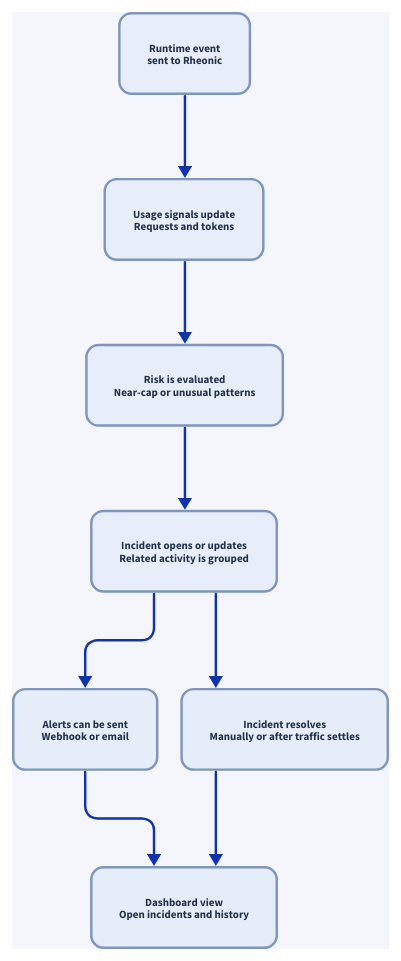
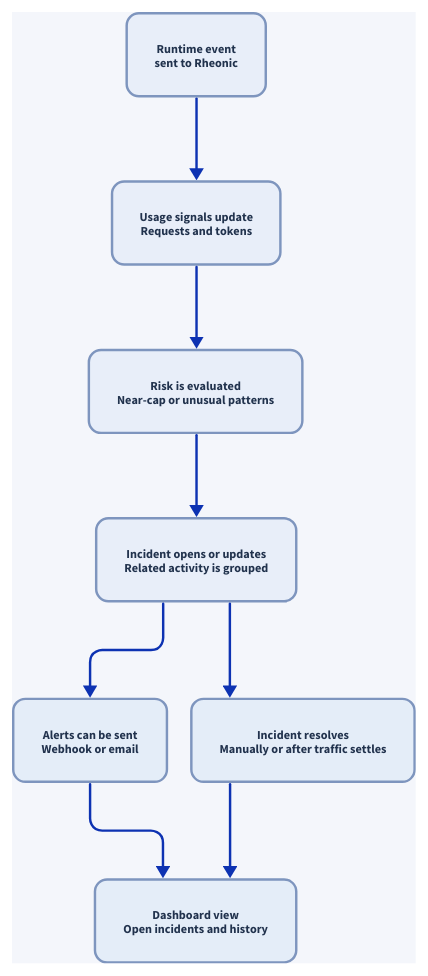
The diagram in docs/architecture/incident_flow.d2 (MichaelTelvin/Rheonic), drawn with D2 before and after one commit. The commit also changed 2 other files, not shown here.

```diff
--- a/docs/architecture/incident_flow.d2
+++ b/docs/architecture/incident_flow.d2
@@ -1,91 +1,91 @@
 direction: down
 
 vars: {
   d2-config: {
     pad: 10
     sketch: false
     layout-engine: elk
   }
 }
 
 style: {
   fill: "#f4f6fb"
 }
 
 event: "Runtime event\nsent to Rheonic" {
   style: {
     fill: "#e8eef9"
     stroke: "#7e95be"
     font-color: "#21324d"
     border-radius: 10
-    font-size: 9
+    font-size: 10
   }
 }
 
 signals: "Usage signals update\nRequests and tokens" {
   style: {
     fill: "#e8eef9"
     stroke: "#7e95be"
     font-color: "#21324d"
     border-radius: 10
-    font-size: 9
+    font-size: 10
   }
 }
 
 risk_check: "Risk is evaluated\nNear-cap or unusual patterns" {
   style: {
     fill: "#e8eef9"
     stroke: "#7e95be"
     font-color: "#21324d"
     border-radius: 10
-    font-size: 9
+    font-size: 10
   }
 }
 
 incident: "Incident opens or updates\nRelated activity is grouped" {
   style: {
     fill: "#e8eef9"
     stroke: "#7e95be"
     font-color: "#21324d"
     border-radius: 10
-    font-size: 9
+    font-size: 10
   }
 }
 
 alerts: "Alerts can be sent\nWebhook or email" {
   style: {
     fill: "#e4edf8"
     stroke: "#7e95be"
     font-color: "#21324d"
     border-radius: 10
-    font-size: 9
+    font-size: 10
   }
 }
 
 resolve: "Incident resolves\nManually or after traffic settles" {
   style: {
     fill: "#e4edf8"
     stroke: "#7e95be"
     font-color: "#21324d"
     border-radius: 10
-    font-size: 9
+    font-size: 10
   }
 }
 
 dashboard: "Dashboard view\nOpen incidents and history" {
   style: {
     fill: "#e4edf8"
     stroke: "#7e95be"
     font-color: "#21324d"
     border-radius: 10
-    font-size: 9
+    font-size: 10
   }
 }
 
 event -> signals
 signals -> risk_check
 risk_check -> incident
 incident -> alerts
 incident -> resolve
 alerts -> dashboard
 resolve -> dashboard
```
